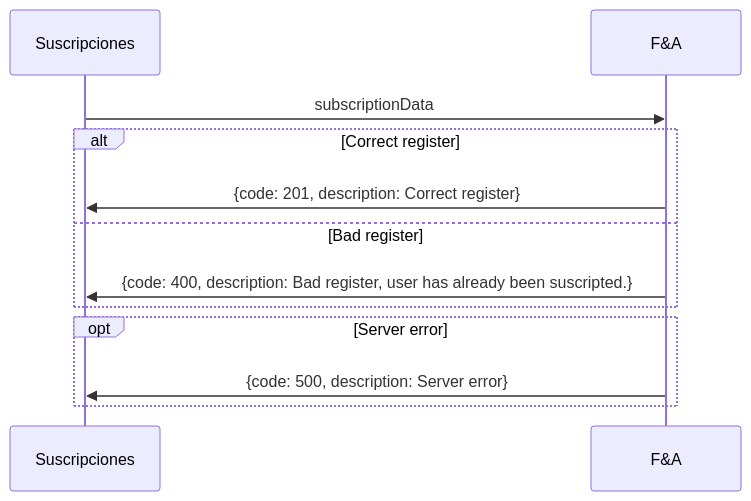
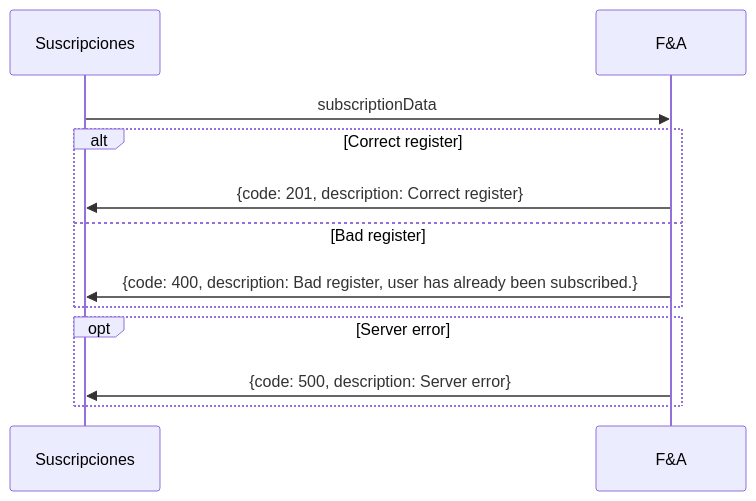
The second of 3 diagrams in integracion/suscripciones.md (LaggerP/facturacion-documentation), drawn with Mermaid before and after one commit. The commit also changed other lines of this file and 6 other files, not shown here.

````diff
--- a/integracion/suscripciones.md
+++ b/integracion/suscripciones.md
@@ -37,12 +37,12 @@
 ```mermaid
 sequenceDiagram
     Suscripciones->>F&A: subscriptionData
     alt Correct register
         F&A->>Suscripciones: {code: 201, description: Correct register}
     else Bad register
-        F&A->>Suscripciones: {code: 400, description: Bad register, user has already been suscripted.}
+        F&A->>Suscripciones: {code: 400, description: Bad register, user has already been subscribed.}
     end
     opt Server error
         F&A->>Suscripciones: {code: 500, description: Server error}
     end
 ```
````
